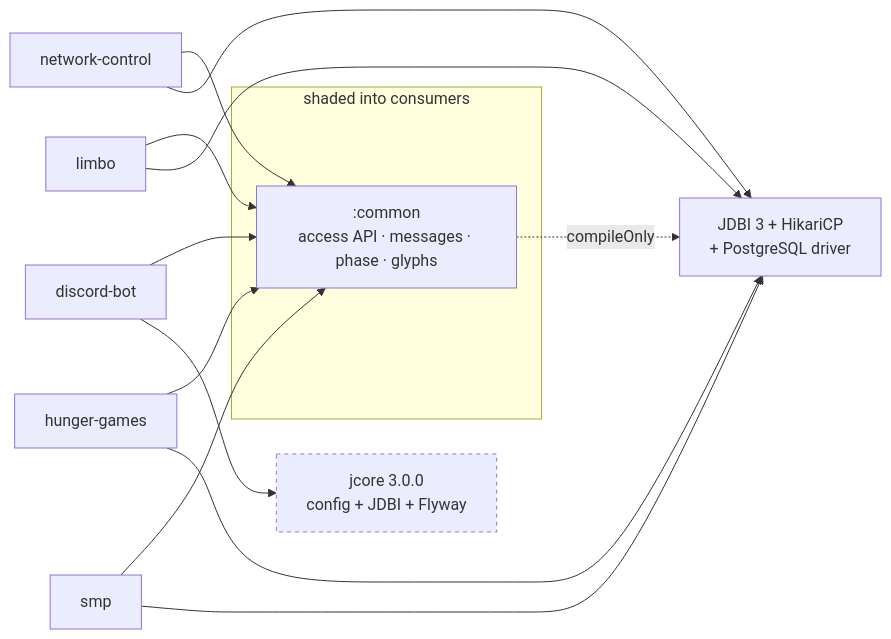
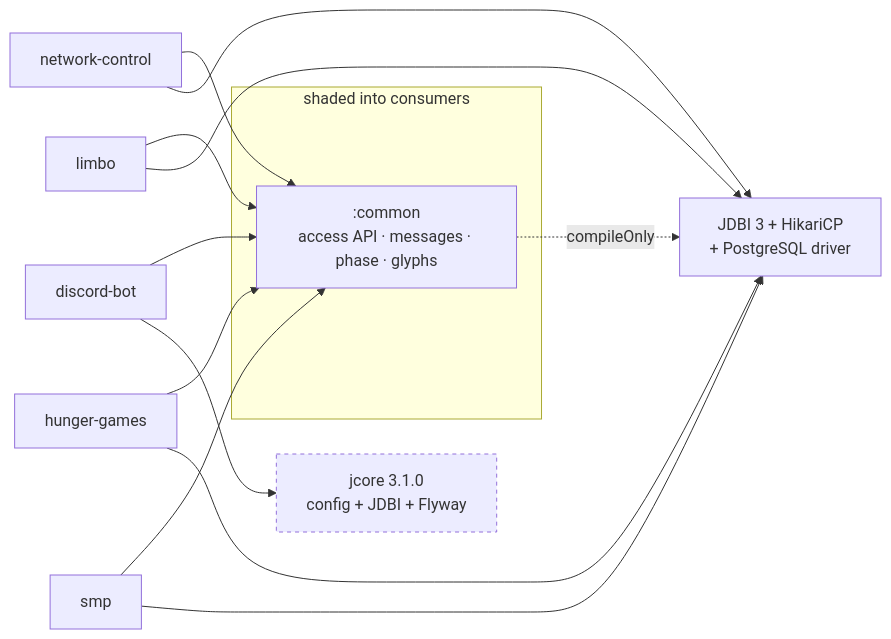
Before and after one commit to nordtal/season-2: the second of 3 diagrams in docs/architecture.md, drawn with Mermaid. The commit also changed 17 other files, not shown here.

````diff
--- a/docs/architecture.md
+++ b/docs/architecture.md
@@ -96,23 +96,23 @@
 ```mermaid
 flowchart LR
     subgraph shaded["shaded into consumers"]
         COMMON[":common<br/>access API · messages · phase · glyphs"]
     end
 
     JDBI["JDBI 3 + HikariCP<br/>+ PostgreSQL driver"]
-    JCORE["jcore 3.0.0<br/>config + JDBI + Flyway"]
+    JCORE["jcore 3.1.0<br/>config + JDBI + Flyway"]
 
     NC["network-control"] --> COMMON
     LB["limbo"] --> COMMON
     HG["hunger-games"] --> COMMON
     SMP["smp"] --> COMMON
     BOT["discord-bot"] --> COMMON
     BOT --> JCORE
     COMMON -.->|"compileOnly"| JDBI
     NC --> JDBI
     LB --> JDBI
     HG --> JDBI
     SMP --> JDBI
 
     style JCORE stroke-dasharray: 4 4
 ```
````
